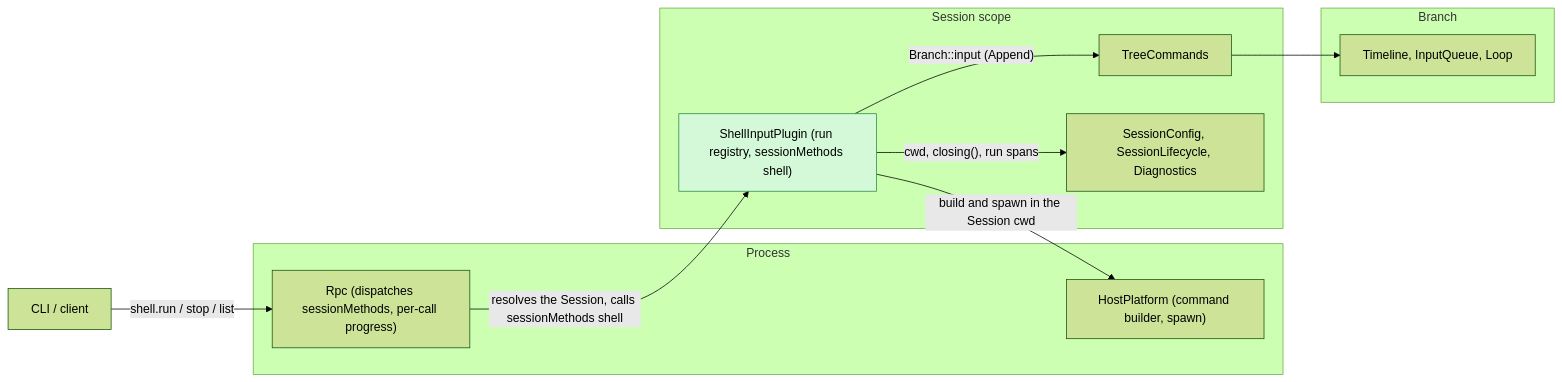
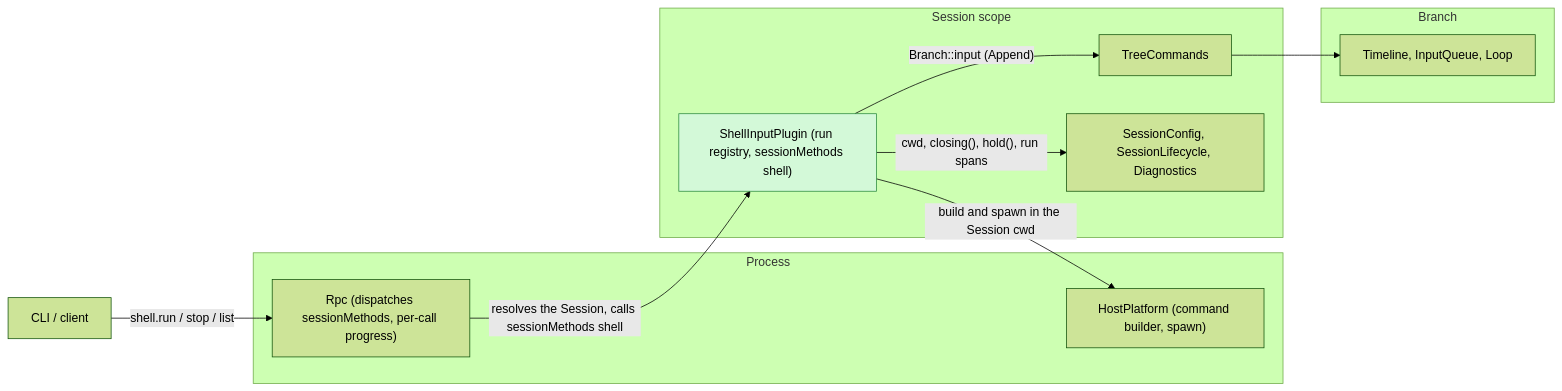
Before and after one commit to CoutinhoTTS/dim-agent: the first of 3 diagrams in docs/design/plugins/ShellInput.md, drawn with Mermaid (forest theme). The commit also changed other lines of this file and 7 other files, not shown here.

````diff
--- a/docs/design/plugins/ShellInput.md
+++ b/docs/design/plugins/ShellInput.md
@@ -9,23 +9,23 @@
 ```mermaid
 flowchart LR
   CLI["CLI / client"]
   subgraph P["Process"]
     RPC["Rpc (dispatches sessionMethods, per-call progress)"]
     HP["HostPlatform (command builder, spawn)"]
   end
   subgraph S["Session scope"]
     SI["ShellInputPlugin (run registry, sessionMethods shell)"]:::new
     TC["TreeCommands"]
     SS["SessionConfig, SessionLifecycle, Diagnostics"]
   end
   subgraph B["Branch"]
     IQ["Timeline, InputQueue, Loop"]
   end
   CLI -- "shell.run / stop / list" --> RPC
   RPC -- "resolves the Session, calls sessionMethods shell" --> SI
   SI -- "build and spawn in the Session cwd" --> HP
   SI -- "Branch::input (Append)" --> TC
   TC --> IQ
-  SI -- "cwd, closing(), run spans" --> SS
+  SI -- "cwd, closing(), hold(), run spans" --> SS
   classDef new fill:#d3f9d8,stroke:#2b8a3e,color:#000
 ```
````
